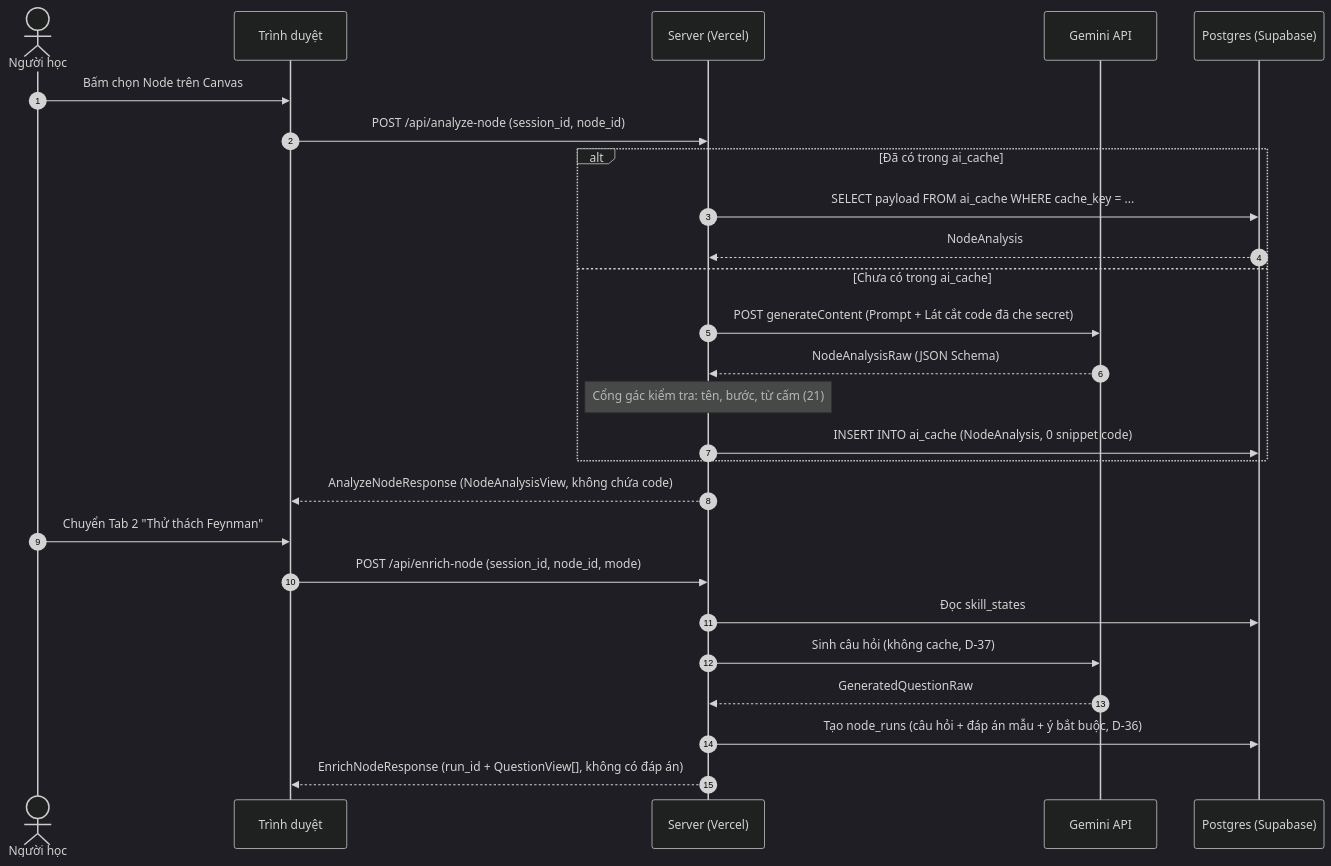
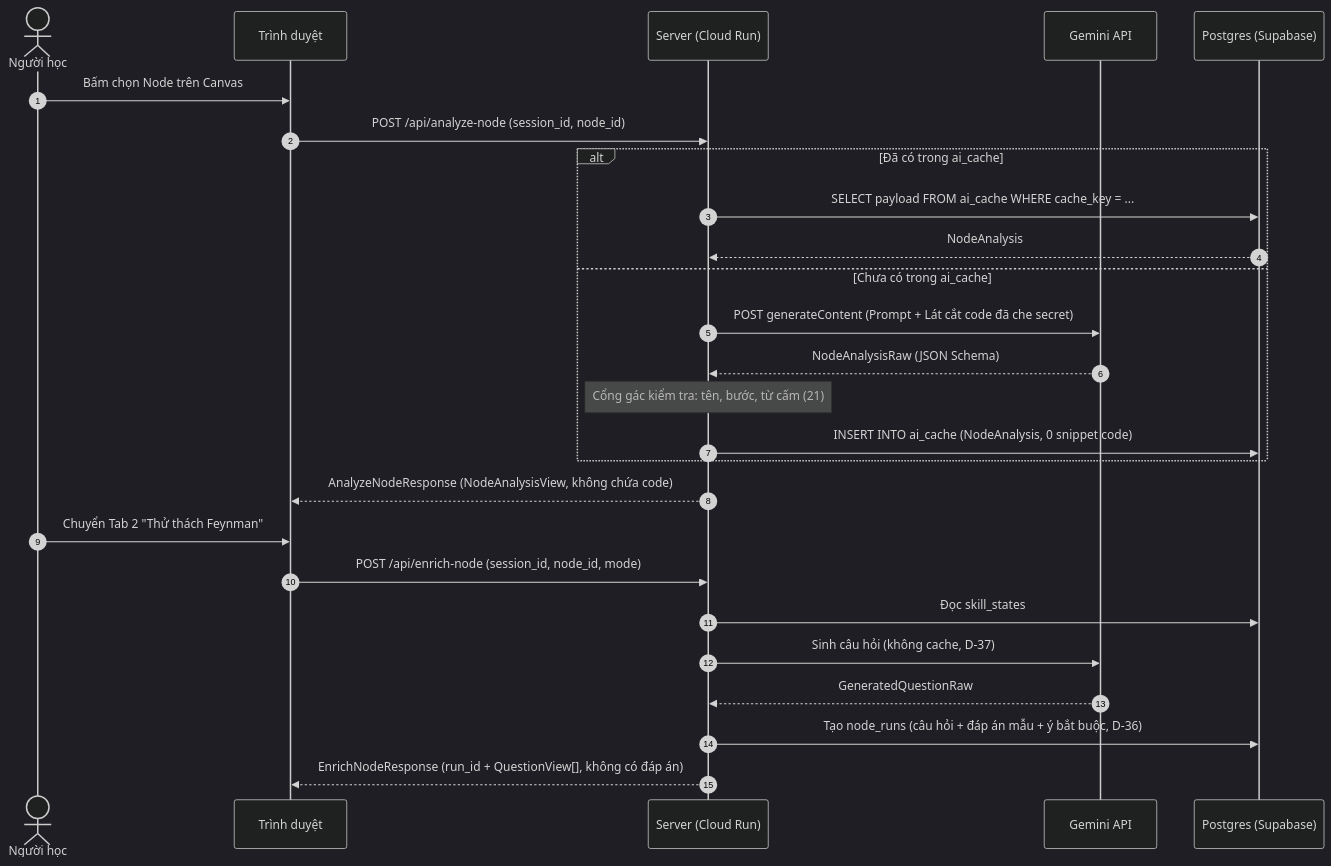
The fifth of 7 diagrams in spec/04_KIEN_TRUC_TRIEN_KHAI.md (huynhthanhnhannnh-pixel/Hackathon_SGU), drawn with Mermaid (dark theme) before and after one commit. The commit also changed other lines of this file and 12 other files, not shown here.

Commit message:
docs(spec): D-64, D-66 — Cloud Run làm host chính, Vertex AI, thêm spec/05 hạ tầng cloud

````diff
--- a/spec/04_KIEN_TRUC_TRIEN_KHAI.md
+++ b/spec/04_KIEN_TRUC_TRIEN_KHAI.md
@@ -166,30 +172,30 @@
 ```mermaid
 sequenceDiagram
     autonumber
     actor U as Người học
     participant FE as Trình duyệt
-    participant BE as Server (Vercel)
+    participant BE as Server (Cloud Run)
     participant AI as Gemini API
     participant DB as Postgres (Supabase)
 
     U->>FE: Bấm chọn Node trên Canvas
     FE->>BE: POST /api/analyze-node (session_id, node_id)
     alt Đã có trong ai_cache
         BE->>DB: SELECT payload FROM ai_cache WHERE cache_key = ...
         DB-->>BE: NodeAnalysis
     else Chưa có trong ai_cache
         BE->>AI: POST generateContent (Prompt + Lát cắt code đã che secret)
         AI-->>BE: NodeAnalysisRaw (JSON Schema)
         Note over BE: Cổng gác kiểm tra: tên, bước, từ cấm (21)
         BE->>DB: INSERT INTO ai_cache (NodeAnalysis, 0 snippet code)
     end
     BE-->>FE: AnalyzeNodeResponse (NodeAnalysisView, không chứa code)
 
     U->>FE: Chuyển Tab 2 "Thử thách Feynman"
     FE->>BE: POST /api/enrich-node (session_id, node_id, mode)
     BE->>DB: Đọc skill_states
     BE->>AI: Sinh câu hỏi (không cache, D-37)
     AI-->>BE: GeneratedQuestionRaw
     BE->>DB: Tạo node_runs (câu hỏi + đáp án mẫu + ý bắt buộc, D-36)
     BE-->>FE: EnrichNodeResponse (run_id + QuestionView[], không có đáp án)
 ```
````
